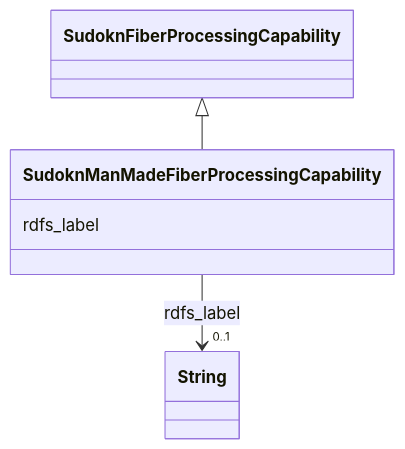
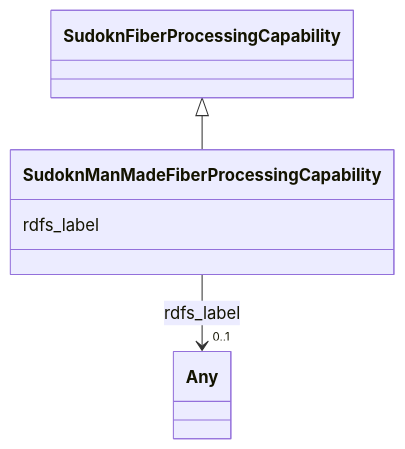
Before and after one commit to frink-okn/graph-descriptions: the diagram in sudokn-kg/classes/SudoknManMadeFiberProcessingCapability.md, drawn with Mermaid. The commit also changed other lines of this file and 903 other files, not shown here.

````diff
--- a/sudokn-kg/classes/SudoknManMadeFiberProcessingCapability.md
+++ b/sudokn-kg/classes/SudoknManMadeFiberProcessingCapability.md
@@ -23,18 +18,18 @@
 ```mermaid
  classDiagram
     class SudoknManMadeFiberProcessingCapability
     click SudoknManMadeFiberProcessingCapability href "../SudoknManMadeFiberProcessingCapability"
       SudoknFiberProcessingCapability <|-- SudoknManMadeFiberProcessingCapability
         click SudoknFiberProcessingCapability href "../SudoknFiberProcessingCapability"
       
       SudoknManMadeFiberProcessingCapability : rdfs_label
         
           
     
     
-    SudoknManMadeFiberProcessingCapability --> "0..1" String : rdfs_label
-    click String href "../String"
+    SudoknManMadeFiberProcessingCapability --> "0..1" Any : rdfs_label
+    click Any href "../Any"
 
         
       
 ```
````
